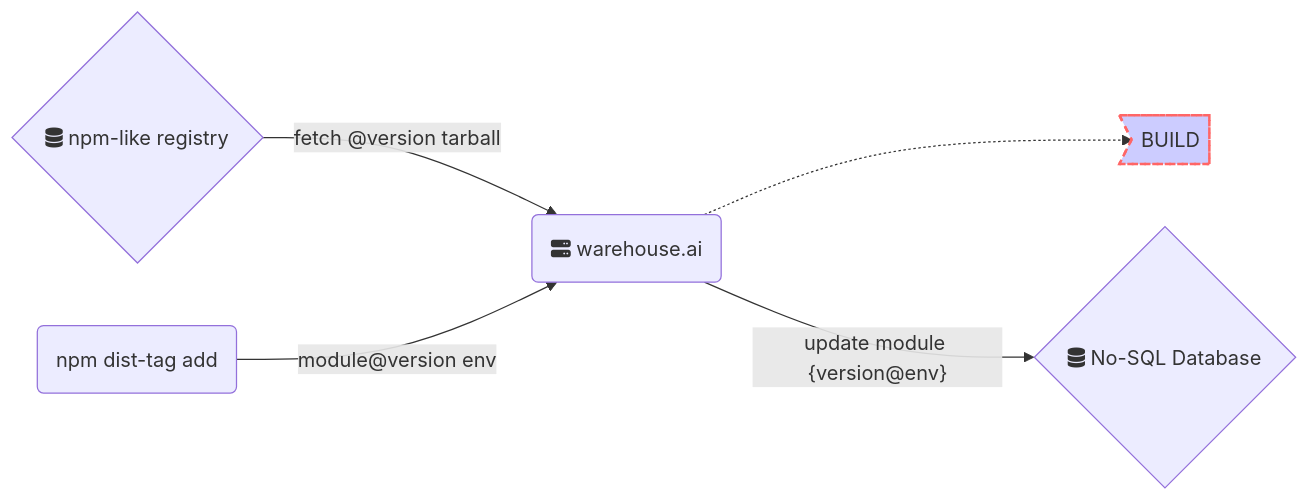
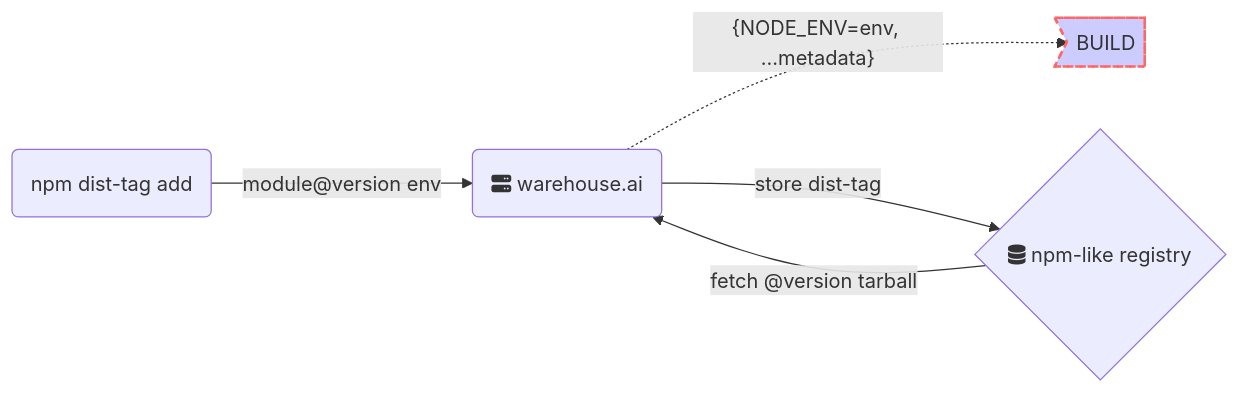
One commit to godaddy/warehouse.ai changed the diagram in assets/diagrams/promote.mmd. Above: the diagram before and after it, drawn with Mermaid. The commit also changed 1 other file, not shown here.

```diff
--- a/assets/diagrams/promote.mmd
+++ b/assets/diagrams/promote.mmd
@@ -1,13 +1,12 @@
 graph LR
 A(npm dist-tag add)
 B(fa:fa-server warehouse.ai)
-C{fa:fa-database No-SQL Database}
-D{fa:fa-database npm-like registry}
-E>BUILD]
+C{fa:fa-database npm-like registry}
+D>BUILD]
 
-B -.-> E
-B --> |"update module {version@env}"| C
-D --> |"fetch @version tarball"| B
-A -->|"module@version env"| B
+B -.-> |"{NODE_ENV=env, ...metadata}"| D
+C --> |"fetch @version tarball"| B
+B --> |"store dist-tag"| C
+A --> |"module@version env"| B
 
-style E fill:#ccf,stroke:#f66,stroke-width:2px,stroke-dasharray: 5, 5
+style D fill:#ccf,stroke:#f66,stroke-width:2px,stroke-dasharray: 5, 5
```
